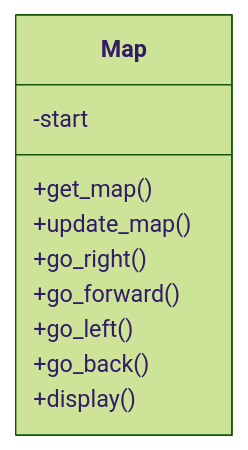
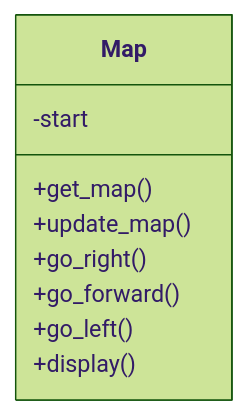
One commit to edward-yee-ny/j1-summary-project-private- changed the second of 4 diagrams in README.md. Above: the diagram before and after it, drawn with Mermaid (forest theme). The commit also changed other lines of this file, not shown here.

````diff
--- a/README.md
+++ b/README.md
@@ -81,11 +80,10 @@
 ```mermaid
 classDiagram
     Map : -start
     Map : +get_map()
     Map : +update_map()
     Map : +go_right()
     Map : +go_forward()
     Map : +go_left()
-    Map : +go_back()
     Map : +display()
 ```
````
